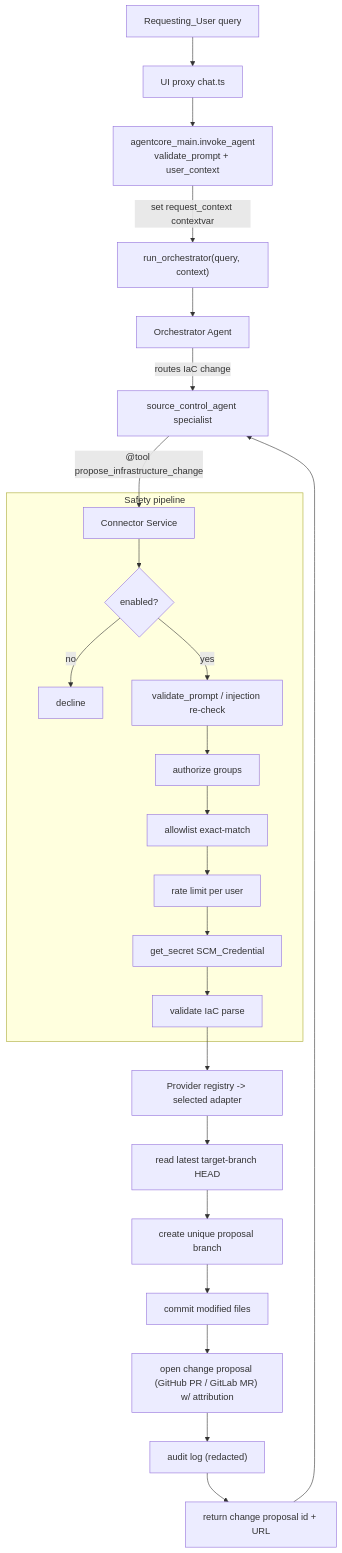
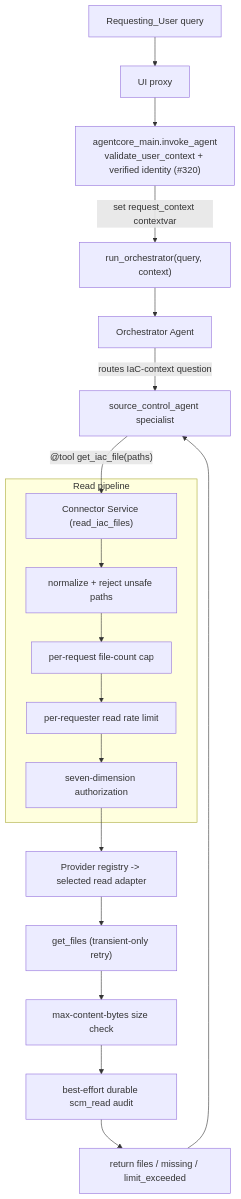
One commit to aws-solutions-library-samples/guidance-for-game-backend-and-infrastructure-agentic-workflows changed the diagram in docs/SOURCE_CONTROL_CONNECTOR.md. Above: the diagram before and after it, drawn with Mermaid. The commit also changed other lines of this file and 17 other files, not shown here.

````diff
--- a/docs/SOURCE_CONTROL_CONNECTOR.md
+++ b/docs/SOURCE_CONTROL_CONNECTOR.md
@@ -111,29 +136,23 @@
 ```mermaid
 flowchart TD
-    U[Requesting_User query] --> FE[UI proxy chat.ts]
-    FE --> IA["agentcore_main.invoke_agent<br/>validate_prompt + user_context"]
+    U[Requesting_User query] --> FE[UI proxy]
+    FE --> IA["agentcore_main.invoke_agent<br/>validate_user_context + verified identity (#320)"]
     IA -->|set request_context contextvar| RO["run_orchestrator(query, context)"]
     RO --> ORCH[Orchestrator Agent]
-    ORCH -->|routes IaC change| SCA[source_control_agent specialist]
-    SCA -->|"@tool propose_infrastructure_change"| SVC[Connector Service]
+    ORCH -->|routes IaC-context question| SCA[source_control_agent specialist]
+    SCA -->|"@tool get_iac_file(paths)"| SVC["Connector Service (read_iac_files)"]
 
-    subgraph Safety pipeline
-      SVC --> G1{enabled?}
-      G1 -- no --> DECL[decline]
-      G1 -- yes --> G2["validate_prompt / injection re-check"]
-      G2 --> G3["authorize groups"]
-      G3 --> G4["allowlist exact-match"]
-      G4 --> G5["rate limit per user"]
-      G5 --> G6["get_secret SCM_Credential"]
-      G6 --> G7["validate IaC parse"]
+    subgraph Read pipeline
+      SVC --> G1["normalize + reject unsafe paths"]
+      G1 --> G2["per-request file-count cap"]
+      G2 --> G3["per-requester read rate limit"]
+      G3 --> G4["seven-dimension authorization"]
     end
 
-    G7 --> PF[Provider registry -> selected adapter]
-    PF --> P1[read latest target-branch HEAD]
-    P1 --> P2[create unique proposal branch]
-    P2 --> P3[commit modified files]
-    P3 --> P4["open change proposal (GitHub PR / GitLab MR) w/ attribution"]
-    P4 --> AUD["audit log (redacted)"]
-    AUD --> RES[return change proposal id + URL]
+    G4 --> PF[Provider registry -> selected read adapter]
+    PF --> P1["get_files (transient-only retry)"]
+    P1 --> G5["max-content-bytes size check"]
+    G5 --> AUD["best-effort durable scm_read audit"]
+    AUD --> RES["return files / missing / limit_exceeded"]
     RES --> SCA
 ```
````
